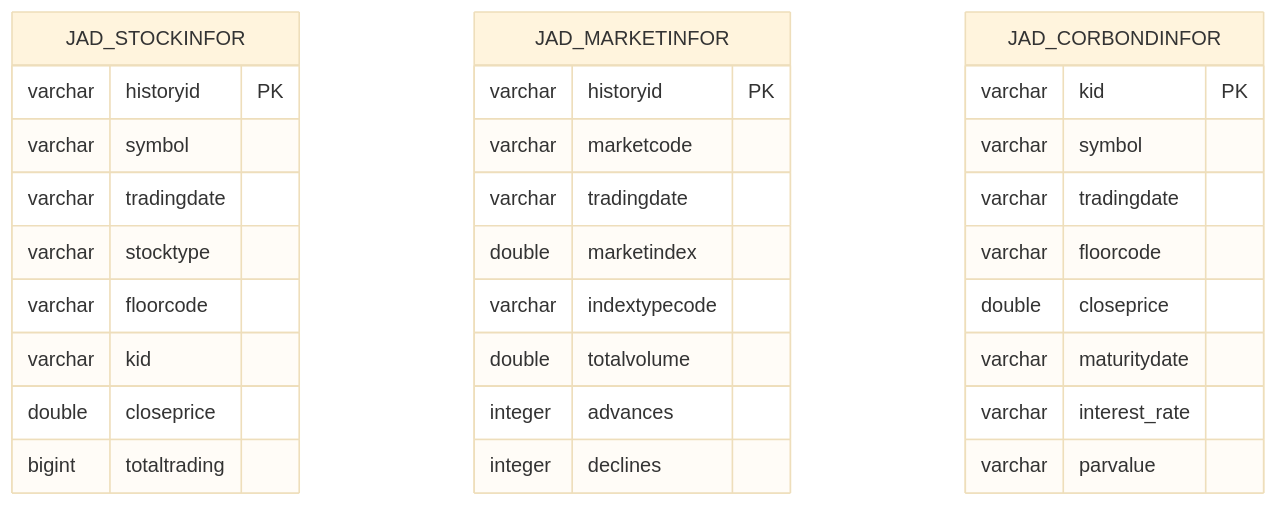
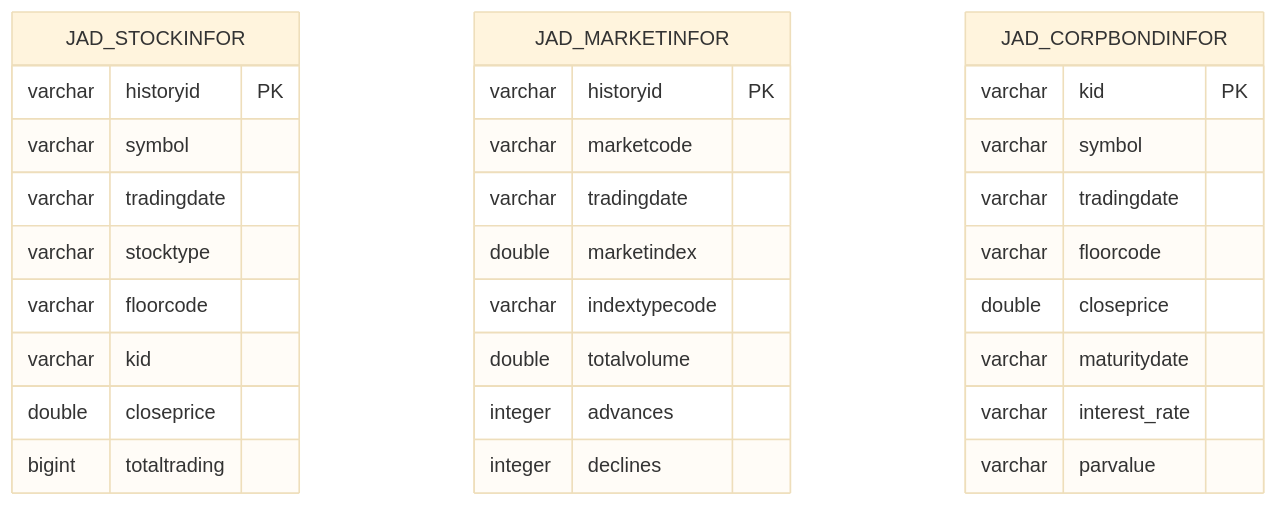
Before and after one commit to linhlvit/ubck_atomic_design: the first of 2 diagrams in DataModel/working/Atomic/hld/MDDS_HLD_Tier1.md, drawn with Mermaid (base theme). The commit also changed 22 other files, not shown here.

````diff
--- a/DataModel/working/Atomic/hld/MDDS_HLD_Tier1.md
+++ b/DataModel/working/Atomic/hld/MDDS_HLD_Tier1.md
@@ -20,35 +20,35 @@
 ```mermaid
 erDiagram
     JAD_STOCKINFOR {
         varchar historyid PK
         varchar symbol
         varchar tradingdate
         varchar stocktype
         varchar floorcode
         varchar kid
         double closeprice
         bigint totaltrading
     }
 
     JAD_MARKETINFOR {
         varchar historyid PK
         varchar marketcode
         varchar tradingdate
         double marketindex
         varchar indextypecode
         double totalvolume
         integer advances
         integer declines
     }
 
-    JAD_CORBONDINFOR {
+    JAD_CORPBONDINFOR {
         varchar kid PK
         varchar symbol
         varchar tradingdate
         varchar floorcode
         double closeprice
         varchar maturitydate
         varchar interest_rate
         varchar parvalue
     }
 ```
````
